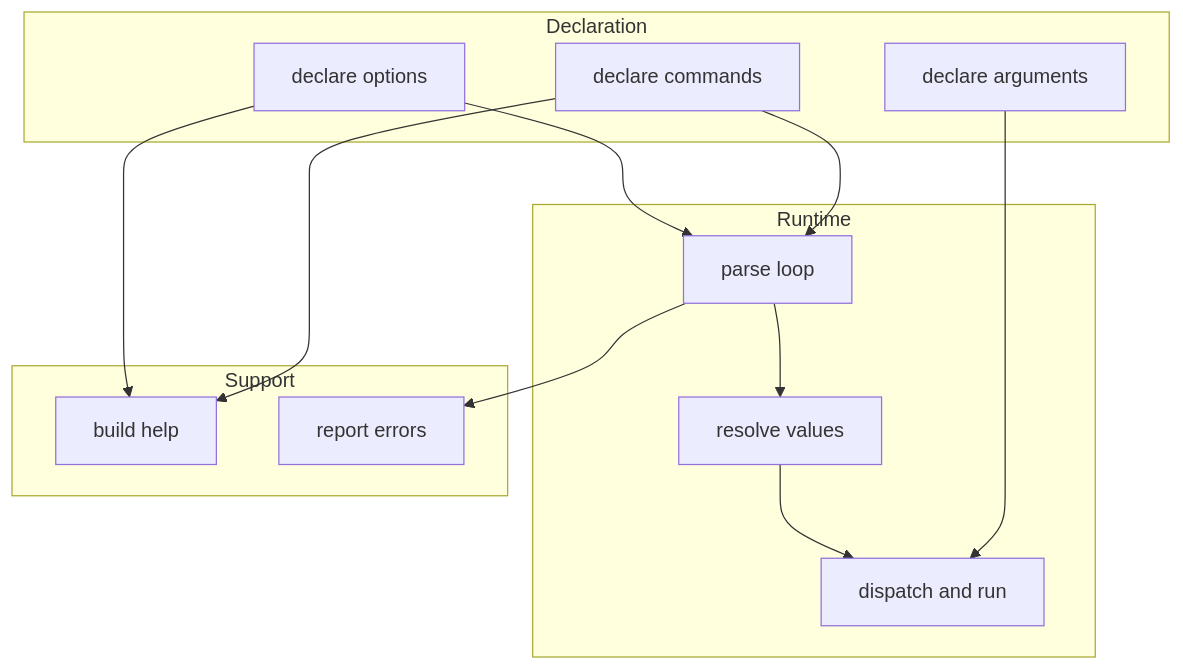
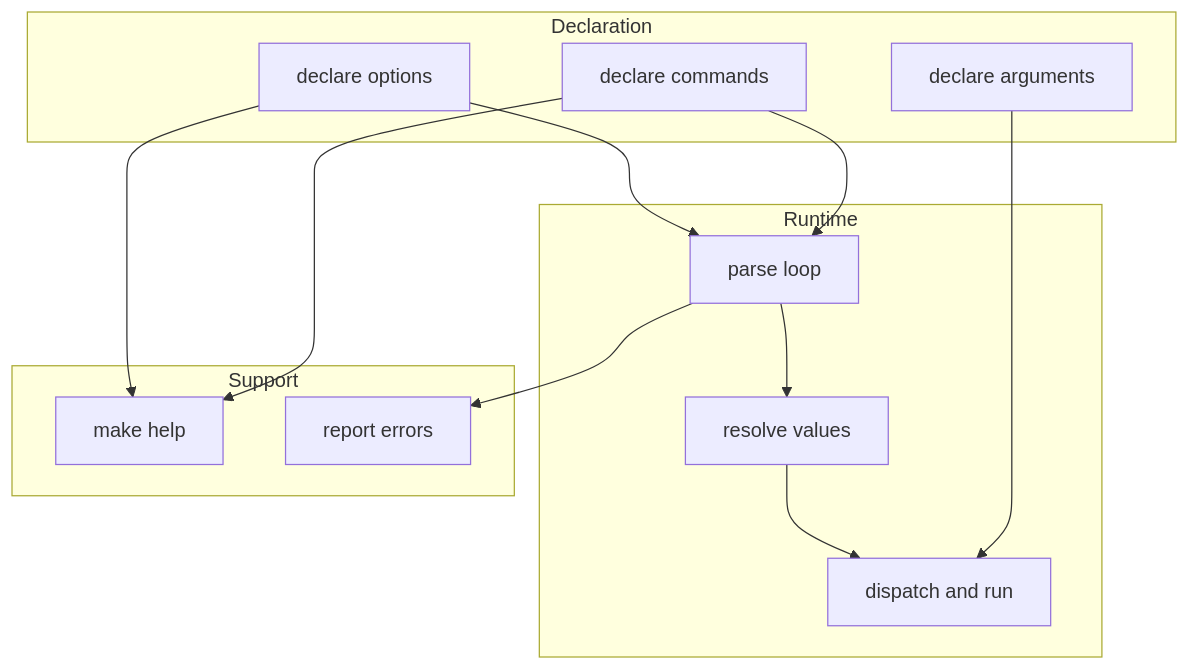
The third of 3 diagrams in docs/examples/commander/.cluedoc/README.md (KeunwooPark/cluedoc), drawn with Mermaid before and after one commit. The commit also changed other lines of this file and 22 other files, not shown here.

````diff
--- a/docs/examples/commander/.cluedoc/README.md
+++ b/docs/examples/commander/.cluedoc/README.md
@@ -66,25 +66,25 @@
 ```mermaid
 flowchart TD
     subgraph Declaration
       D1["declare commands"]
       D2["declare options"]
       D3["declare arguments"]
     end
     subgraph Runtime
       R1["parse loop"]
       R2["resolve values"]
       R3["dispatch and run"]
     end
     subgraph Support
-      S1["build help"]
+      S1["make help"]
       S2["report errors"]
     end
     D1 --> R1
     D2 --> R1
     D3 --> R3
     R1 --> R2
     R2 --> R3
     R1 --> S2
     D1 --> S1
     D2 --> S1
 ```
````
